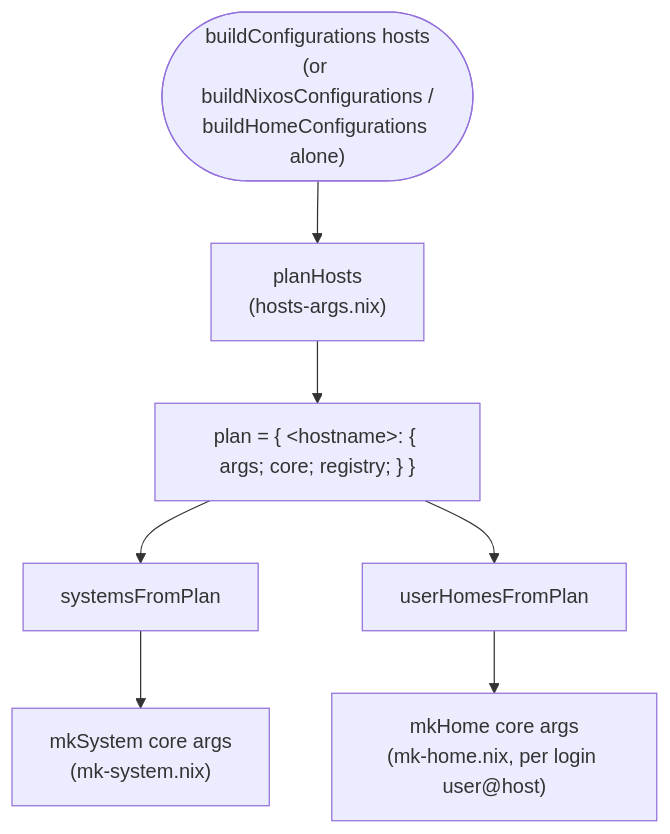
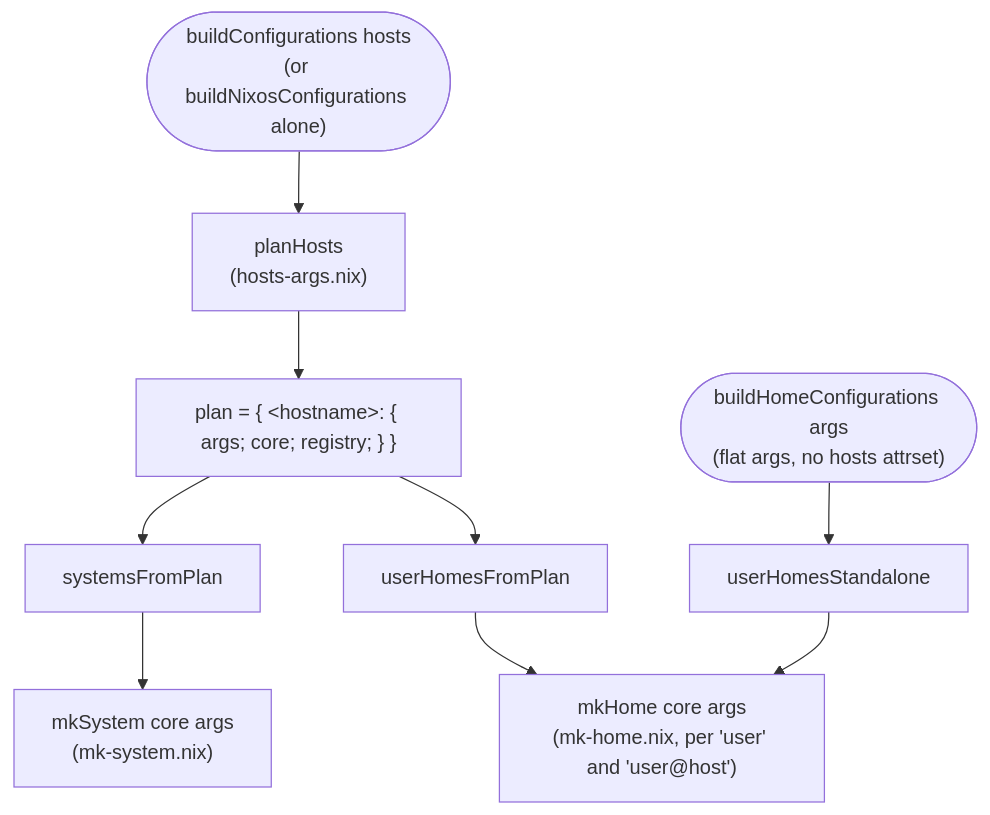
One commit to dvaerum/nixpkgs-lib-extensions changed the diagram in docs/architecture.md. Above: the diagram before and after it, drawn with Mermaid. The commit also changed other lines of this file and 19 other files, not shown here.

````diff
--- a/docs/architecture.md
+++ b/docs/architecture.md
@@ -60,14 +65,17 @@
 ```mermaid
 flowchart TD
-    Call(["buildConfigurations hosts<br/>(or buildNixosConfigurations /<br/>buildHomeConfigurations alone)"])
+    Call(["buildConfigurations hosts<br/>(or buildNixosConfigurations alone)"])
+    Standalone(["buildHomeConfigurations args<br/>(flat args, no hosts attrset)"])
+    Stand2["userHomesStandalone"]
     Plan["planHosts<br/>(hosts-args.nix)"]
     PlanData["plan = { &lt;hostname&gt;: { args; core; registry; } }"]
     Systems["systemsFromPlan"]
     Homes["userHomesFromPlan"]
     MkSystem["mkSystem core args<br/>(mk-system.nix)"]
-    MkHome["mkHome core args<br/>(mk-home.nix, per login user@host)"]
+    MkHome["mkHome core args<br/>(mk-home.nix, per 'user' and 'user@host')"]
 
     Call --> Plan --> PlanData
     PlanData --> Systems --> MkSystem
     PlanData --> Homes --> MkHome
+    Standalone --> Stand2 --> MkHome
 ```
````
